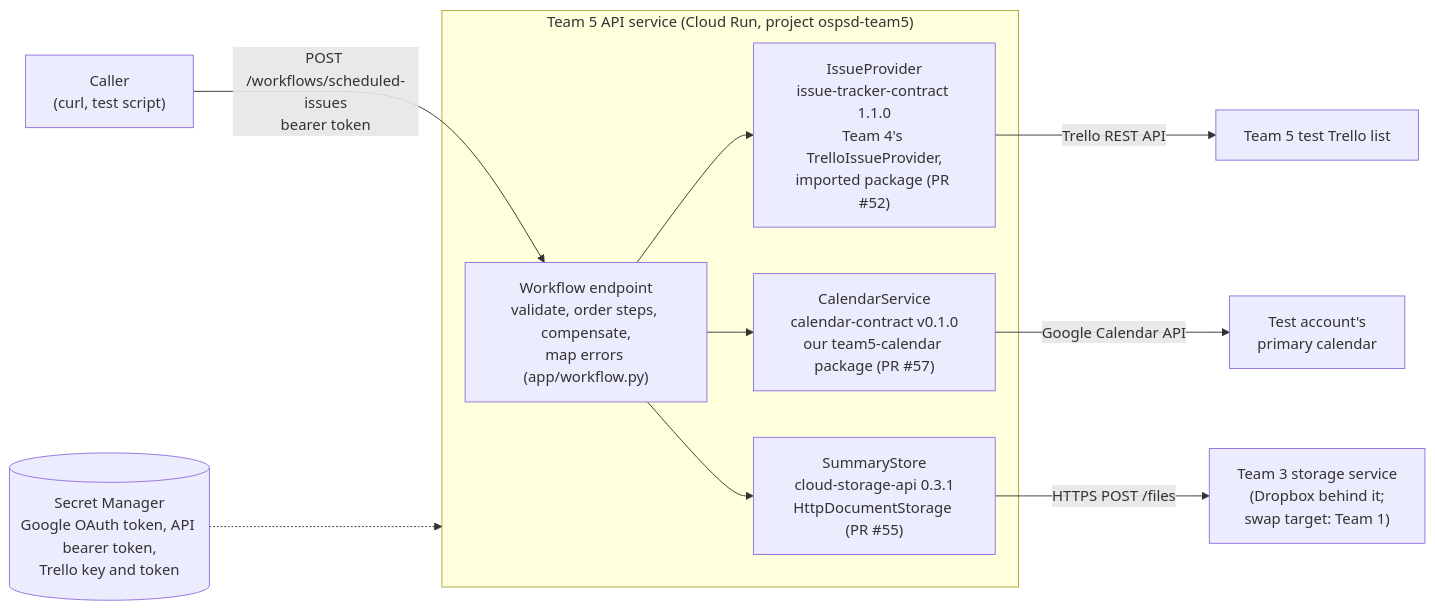
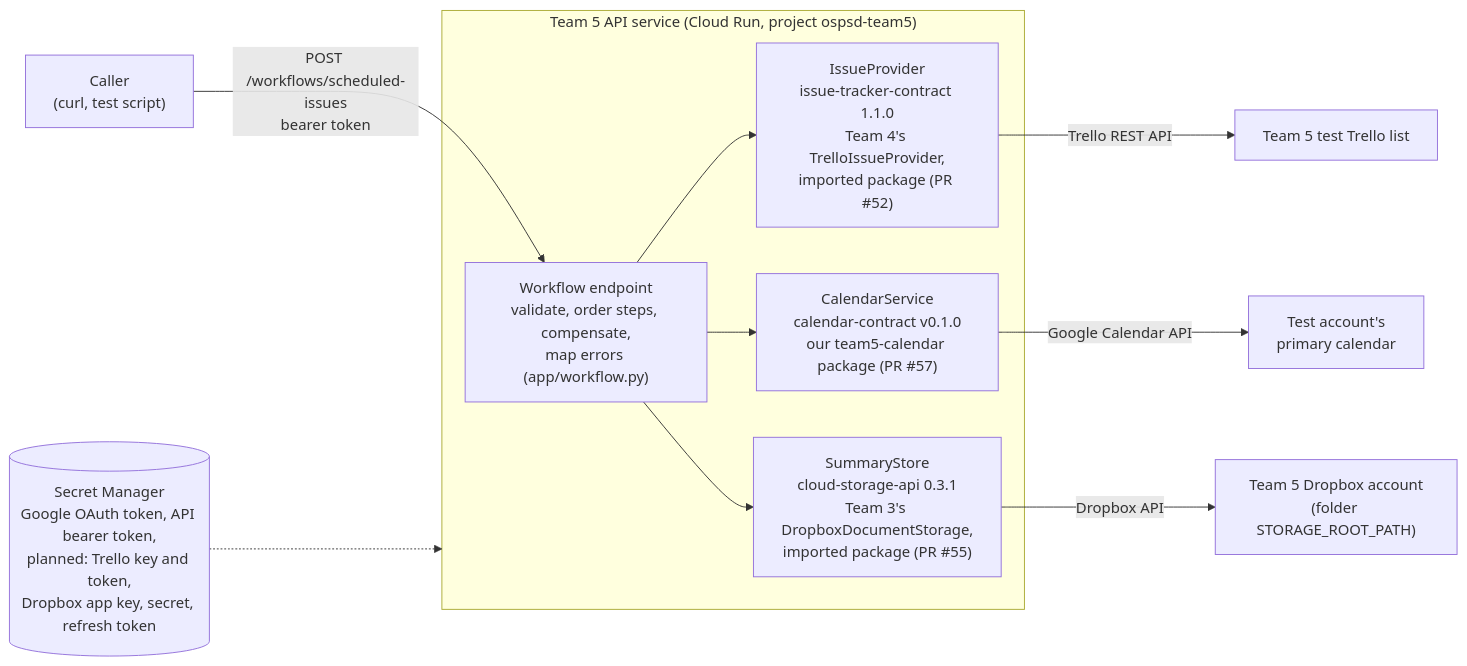
One commit to juno-junhyuk-lee/OSPSD-Team-5 changed the diagram in DESIGN.md. Above: the diagram before and after it, drawn with Mermaid. The commit also changed other lines of this file, not shown here.

Commit message:
docs: update HW3 `DESIGN.md` storage design for Team 3 package import

````diff
--- a/DESIGN.md
+++ b/DESIGN.md
@@ -26,14 +26,14 @@
 ```mermaid
 flowchart LR
     caller["Caller<br/>(curl, test script)"] -- "POST /workflows/scheduled-issues<br/>bearer token" --> api
     subgraph run["Team 5 API service (Cloud Run, project ospsd-team5)"]
         api["Workflow endpoint<br/>validate, order steps, compensate,<br/>map errors (app/workflow.py)"]
         api --> ip["IssueProvider<br/>issue-tracker-contract 1.1.0<br/>Team 4's TrelloIssueProvider,<br/>imported package (PR #52)"]
         api --> cs["CalendarService<br/>calendar-contract v0.1.0<br/>our team5-calendar package (PR #57)"]
-        api --> ss["SummaryStore<br/>cloud-storage-api 0.3.1<br/>HttpDocumentStorage (PR #55)"]
+        api --> ss["SummaryStore<br/>cloud-storage-api 0.3.1<br/>Team 3's DropboxDocumentStorage,<br/>imported package (PR #55)"]
     end
     ip -- "Trello REST API" --> tr["Team 5 test Trello list"]
     cs -- "Google Calendar API" --> gc["Test account's<br/>primary calendar"]
-    ss -- "HTTPS POST /files" --> t3["Team 3 storage service<br/>(Dropbox behind it;<br/>swap target: Team 1)"]
-    sm[("Secret Manager<br/>Google OAuth token, API bearer token,<br/>Trello key and token")] -.-> run
+    ss -- "Dropbox API" --> db["Team 5 Dropbox account<br/>(folder STORAGE_ROOT_PATH)"]
+    sm[("Secret Manager<br/>Google OAuth token, API bearer token,<br/>planned: Trello key and token,<br/>Dropbox app key, secret, refresh token")] -.-> run
 ```
````
